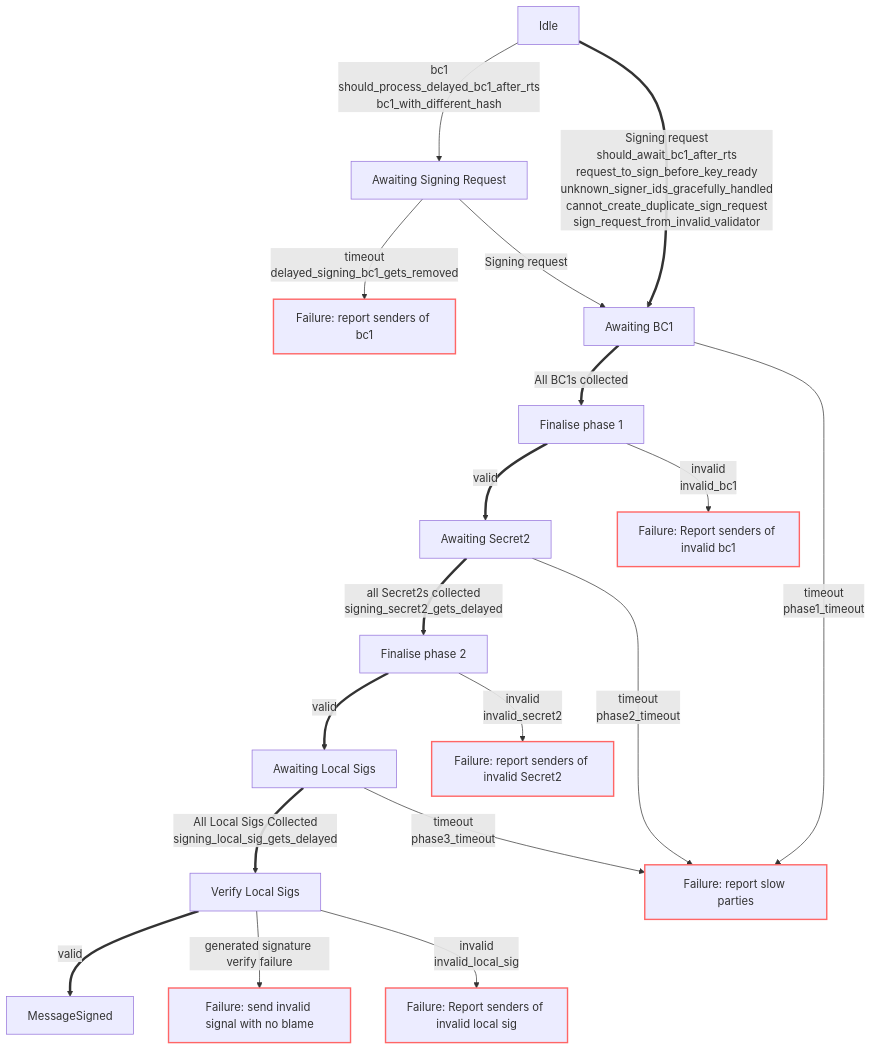
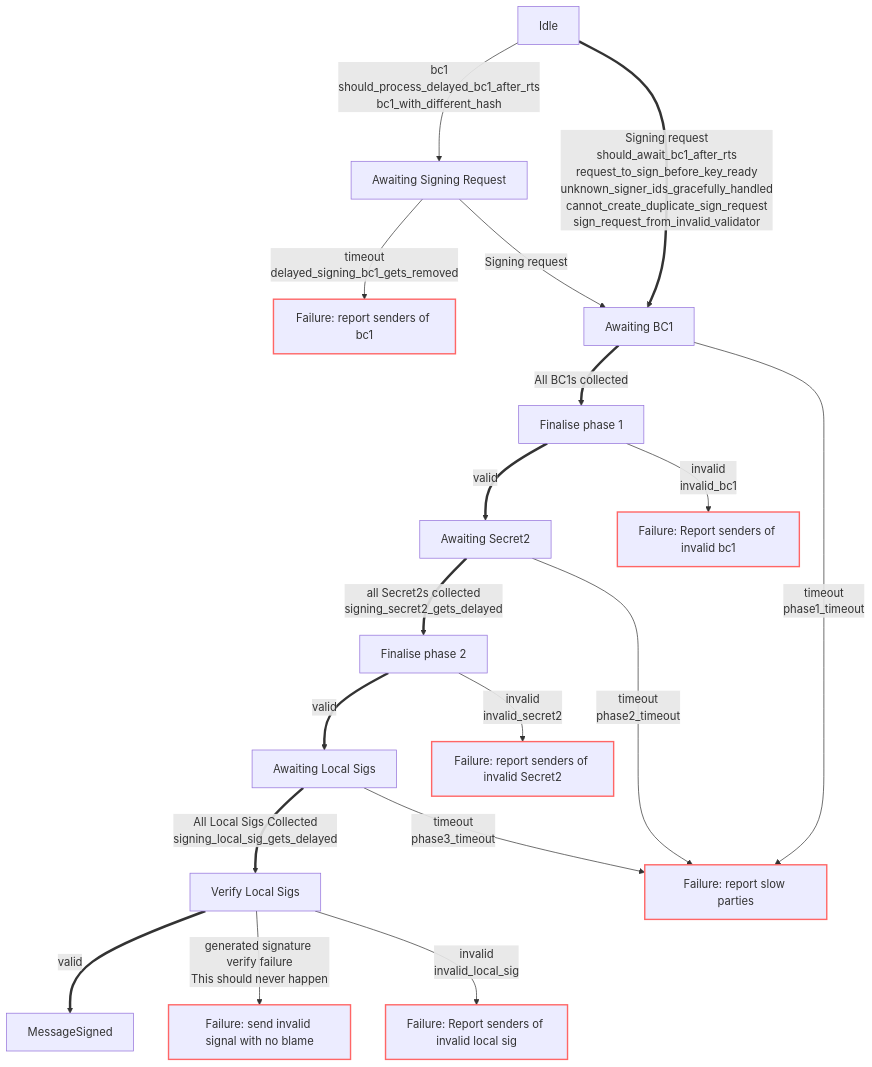
One commit to chainflip-io/chainflip-backend changed the third of 3 diagrams in engine/src/signing/readme.md. Above: the diagram before and after it, drawn with Mermaid. The commit also changed 1 other file, not shown here.

Commit message:
updated error message on sig gen failure

````diff
--- a/engine/src/signing/readme.md
+++ b/engine/src/signing/readme.md
@@ -117,24 +117,24 @@
 ```mermaid
 graph TD;
 Idle[Idle]
 Idle--bc1<br>should_process_delayed_bc1_after_rts<br>bc1_with_different_hash-->AwaitingKR[Awaiting Signing Request];
 Idle==Signing request<br>should_await_bc1_after_rts<br>request_to_sign_before_key_ready<br>unknown_signer_ids_gracefully_handled<br>cannot_create_duplicate_sign_request<br>sign_request_from_invalid_validator==>AwaitingBc1[Awaiting BC1];
 AwaitingKR--timeout<br>delayed_signing_bc1_gets_removed-->Timeout1[Failure: report senders of bc1];
 AwaitingKR--Signing request-->AwaitingBc1;
 AwaitingBc1==All BC1s collected==>Finalise1[Finalise phase 1];
 Finalise1==valid==>AwaitSec2[Awaiting Secret2];
 Finalise1--invalid<br>invalid_bc1-->InvalidBC1[Failure: Report senders of invalid bc1];
 AwaitSec2==all Secret2s collected<br>signing_secret2_gets_delayed==>Finalise2[Finalise phase 2];
 AwaitSec2--timeout<br>phase2_timeout-->Timeout2[Failure: report slow parties];
 Finalise2==valid==>AwaitingLocalSig3[Awaiting Local Sigs];
 Finalise2--invalid<br>invalid_secret2-->InvalidSec2[Failure: report senders of invalid Secret2];
 AwaitingBc1--timeout <br>phase1_timeout-->Timeout2;
 AwaitingLocalSig3==All Local Sigs Collected<br>signing_local_sig_gets_delayed==>Finalise3[Verify Local Sigs];
 AwaitingLocalSig3--timeout<br>phase3_timeout-->Timeout2;
 Finalise3==valid==>MessageSigned;
-Finalise3--generated signature verify failure-->InvalidSig[Failure: send invalid signal with no blame]
+Finalise3--generated signature verify failure<br>This should never happen-->InvalidSig[Failure: send invalid signal with no blame]
 Finalise3--invalid<br>invalid_local_sig-->InvalidLS[Failure: Report senders of invalid local sig]
 
 classDef Error stroke:#f66,stroke-width:2px;
 class InvalidLS,InvalidSec2,InvalidBC1,Timeout2,Timeout1,InvalidSig Error
 ```
````
